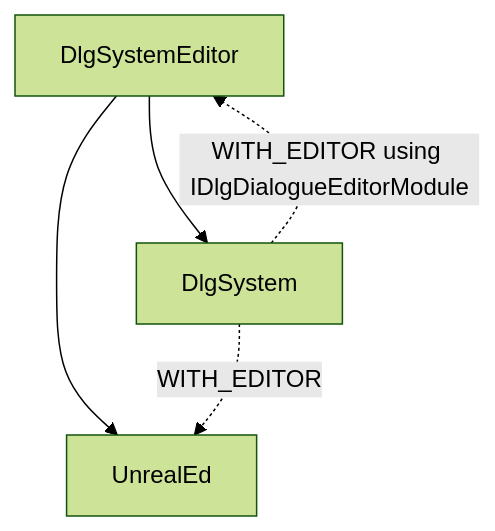
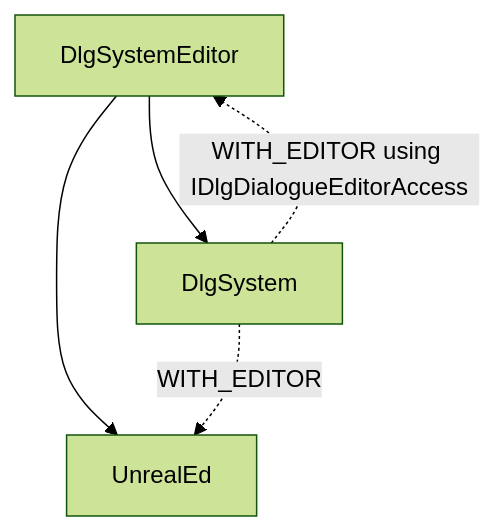
Before and after one commit to NotYetGames/DlgSystem: the diagram in README.md, drawn with Mermaid (forest theme). The commit also changed 6 other files, not shown here.

Commit message:
[G] Rename IDlgDialogueEditorModule to IDlgDialogueEditorAccess as I always enter the wrong file when wanting to edit FDlgSystemEditorModule

````diff
--- a/README.md
+++ b/README.md
@@ -43,7 +43,7 @@
 ```mermaid
 graph TD;
     A[DlgSystemEditor]-->B[UnrealEd];
     A-->C[DlgSystem];
     C-. WITH_EDITOR .->B;
-    C-. WITH_EDITOR using IDlgDialogueEditorModule .->A
+    C-. WITH_EDITOR using IDlgDialogueEditorAccess .->A
 ```
````
